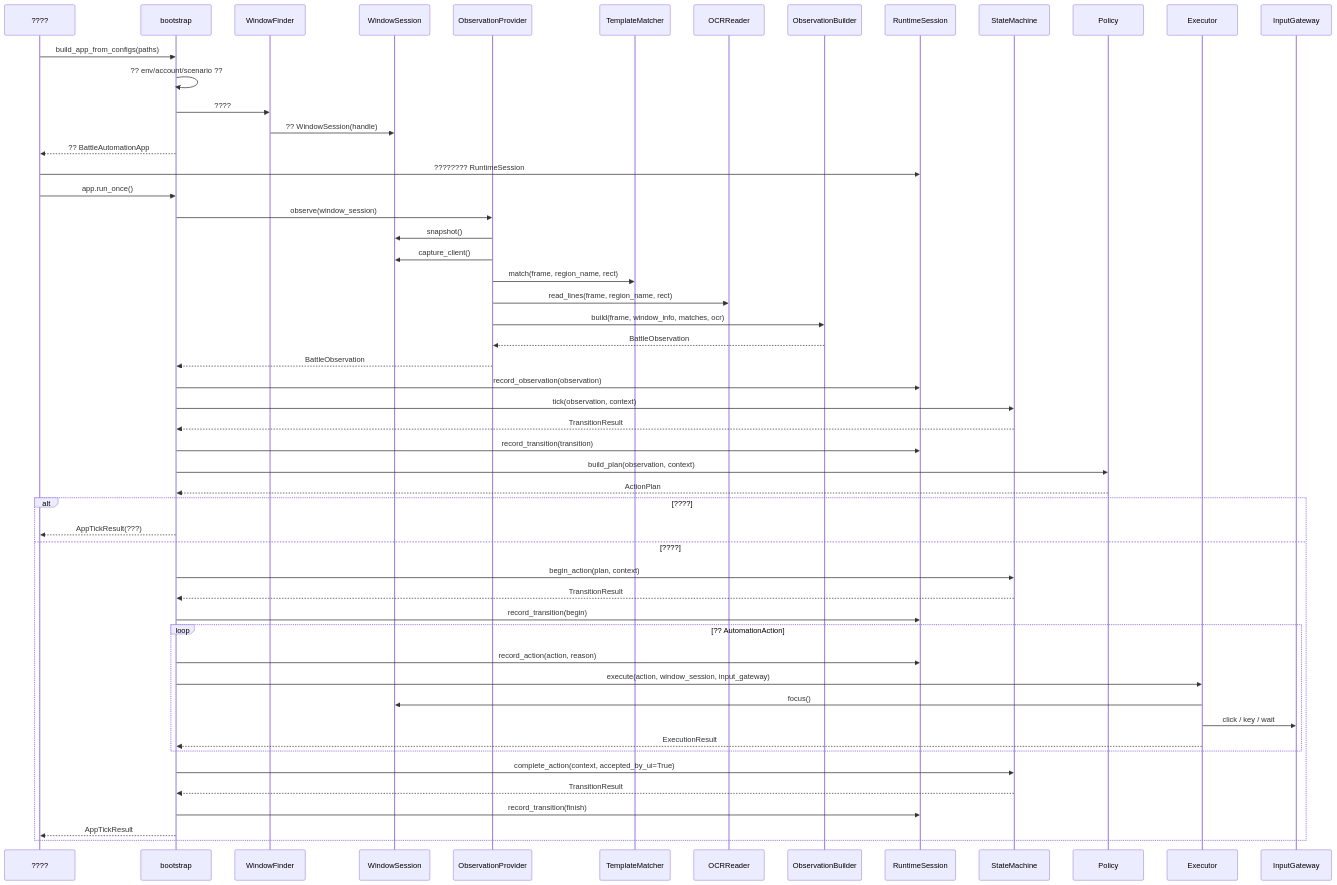
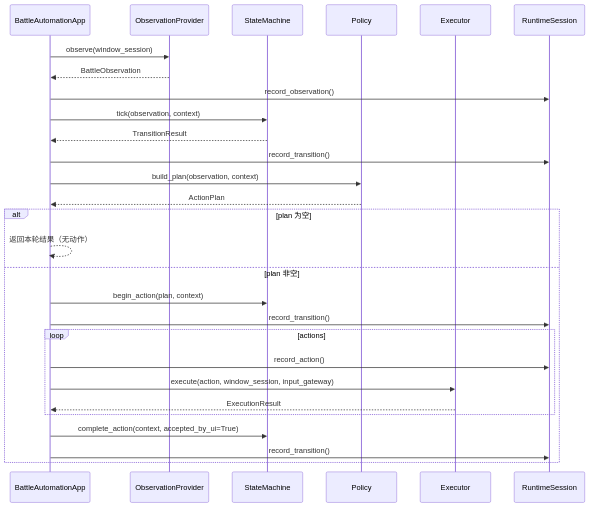
One commit to lijunyang369/codex changed the second of 3 diagrams in dhxy2-automation/docs/runtime-flow.md. Above: the diagram before and after it, drawn with Mermaid. The commit also changed other lines of this file and 53 other files, not shown here.

````diff
--- a/dhxy2-automation/docs/runtime-flow.md
+++ b/dhxy2-automation/docs/runtime-flow.md
@@ -82,63 +27,34 @@
 ```mermaid
 sequenceDiagram
-    participant Entry as ????
-    participant Bootstrap as bootstrap
-    participant Finder as WindowFinder
-    participant Session as WindowSession
-    participant Provider as ObservationProvider
-    participant Matcher as TemplateMatcher
-    participant OCR as OCRReader
-    participant Builder as ObservationBuilder
-    participant Runtime as RuntimeSession
+    participant App as BattleAutomationApp
+    participant Obs as ObservationProvider
     participant SM as StateMachine
     participant Policy as Policy
-    participant Executor as Executor
-    participant Input as InputGateway
+    participant Exec as Executor
+    participant Runtime as RuntimeSession
 
-    Entry->>Bootstrap: build_app_from_configs(paths)
-    Bootstrap->>Bootstrap: ?? env/account/scenario ??
-    Bootstrap->>Finder: ????
-    Finder->>Session: ?? WindowSession(handle)
-    Bootstrap-->>Entry: ?? BattleAutomationApp
+    App->>Obs: observe(window_session)
+    Obs-->>App: BattleObservation
+    App->>Runtime: record_observation()
 
-    Entry->>Runtime: ???????? RuntimeSession
-    Entry->>Bootstrap: app.run_once()
+    App->>SM: tick(observation, context)
+    SM-->>App: TransitionResult
+    App->>Runtime: record_transition()
 
-    Bootstrap->>Provider: observe(window_session)
-    Provider->>Session: snapshot()
-    Provider->>Session: capture_client()
-    Provider->>Matcher: match(frame, region_name, rect)
-    Provider->>OCR: read_lines(frame, region_name, rect)
-    Provider->>Builder: build(frame, window_info, matches, ocr)
-    Builder-->>Provider: BattleObservation
-    Provider-->>Bootstrap: BattleObservation
+    App->>Policy: build_plan(observation, context)
+    Policy-->>App: ActionPlan
 
-    Bootstrap->>Runtime: record_observation(observation)
-    Bootstrap->>SM: tick(observation, context)
-    SM-->>Bootstrap: TransitionResult
-    Bootstrap->>Runtime: record_transition(transition)
-
-    Bootstrap->>Policy: build_plan(observation, context)
-    Policy-->>Bootstrap: ActionPlan
-
-    alt ????
-        Bootstrap-->>Entry: AppTickResult(???)
-    else ????
-        Bootstrap->>SM: begin_action(plan, context)
-        SM-->>Bootstrap: TransitionResult
-        Bootstrap->>Runtime: record_transition(begin)
-
-        loop ?? AutomationAction
-            Bootstrap->>Runtime: record_action(action, reason)
-            Bootstrap->>Executor: execute(action, window_session, input_gateway)
-            Executor->>Session: focus()
-            Executor->>Input: click / key / wait
-            Executor-->>Bootstrap: ExecutionResult
+    alt plan 为空
+        App-->>App: 返回本轮结果（无动作）
+    else plan 非空
+        App->>SM: begin_action(plan, context)
+        App->>Runtime: record_transition()
+        loop actions
+            App->>Runtime: record_action()
+            App->>Exec: execute(action, window_session, input_gateway)
+            Exec-->>App: ExecutionResult
         end
-
-        Bootstrap->>SM: complete_action(context, accepted_by_ui=True)
-        SM-->>Bootstrap: TransitionResult
-        Bootstrap->>Runtime: record_transition(finish)
-        Bootstrap-->>Entry: AppTickResult
+        App->>SM: complete_action(context, accepted_by_ui=True)
+        App->>Runtime: record_transition()
     end
 ```
````
